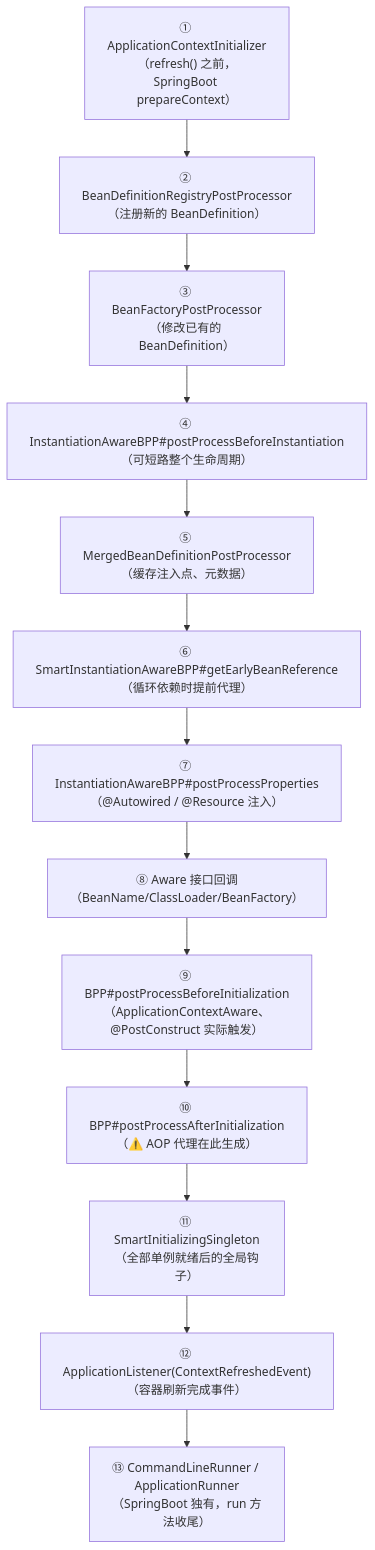
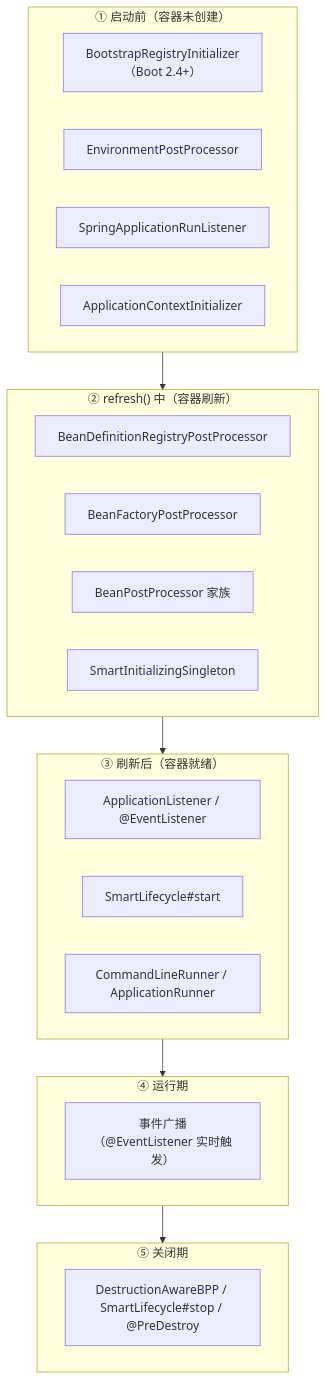
Before and after one commit to b1tzer/b1tzer.github.io: the first of 5 diagrams in docs/02-spring/01-核心基础/04-Spring扩展点详解.md, drawn with Mermaid. The commit also changed other lines of this file and 10 other files, not shown here.

````diff
--- a/docs/02-spring/01-核心基础/04-Spring扩展点详解.md
+++ b/docs/02-spring/01-核心基础/04-Spring扩展点详解.md
@@ -49,18 +72,31 @@
 ```mermaid
 flowchart TB
-    Init["① ApplicationContextInitializer<br>（refresh() 之前，SpringBoot prepareContext）"]
-    BDRPP["② BeanDefinitionRegistryPostProcessor<br>（注册新的 BeanDefinition）"]
-    BFPP["③ BeanFactoryPostProcessor<br>（修改已有的 BeanDefinition）"]
-    Instan["④ InstantiationAwareBPP#postProcessBeforeInstantiation<br>（可短路整个生命周期）"]
-    Merge["⑤ MergedBeanDefinitionPostProcessor<br>（缓存注入点、元数据）"]
-    Smart["⑥ SmartInstantiationAwareBPP#getEarlyBeanReference<br>（循环依赖时提前代理）"]
-    Inject["⑦ InstantiationAwareBPP#postProcessProperties<br>（@Autowired / @Resource 注入）"]
-    Aware["⑧ Aware 接口回调<br>（BeanName/ClassLoader/BeanFactory）"]
-    Before["⑨ BPP#postProcessBeforeInitialization<br>（ApplicationContextAware、@PostConstruct 实际触发）"]
-    After["⑩ BPP#postProcessAfterInitialization<br>（⚠️ AOP 代理在此生成）"]
-    SmartInit["⑪ SmartInitializingSingleton<br>（全部单例就绪后的全局钩子）"]
-    Listener["⑫ ApplicationListener(ContextRefreshedEvent)<br>（容器刷新完成事件）"]
-    Runner["⑬ CommandLineRunner / ApplicationRunner<br>（SpringBoot 独有，run 方法收尾）"]
+    subgraph P1["① 启动前（容器未创建）"]
+        direction LR
+        BRI["BootstrapRegistryInitializer<br>（Boot 2.4+）"]
+        EPP["EnvironmentPostProcessor"]
+        SARL["SpringApplicationRunListener"]
+        ACI["ApplicationContextInitializer"]
+    end
+    subgraph P2["② refresh() 中（容器刷新）"]
+        direction LR
+        BDRPP["BeanDefinitionRegistryPostProcessor"]
+        BFPP["BeanFactoryPostProcessor"]
+        BPP["BeanPostProcessor 家族"]
+        SIS["SmartInitializingSingleton"]
+    end
+    subgraph P3["③ 刷新后（容器就绪）"]
+        direction LR
+        LIS["ApplicationListener / @EventListener"]
+        SL["SmartLifecycle#start"]
+        RUN["CommandLineRunner / ApplicationRunner"]
+    end
+    subgraph P4["④ 运行期"]
+        EVT["事件广播（@EventListener 实时触发）"]
+    end
+    subgraph P5["⑤ 关闭期"]
+        DES["DestructionAwareBPP / SmartLifecycle#stop / @PreDestroy"]
+    end
 
-    Init --> BDRPP --> BFPP --> Instan --> Merge --> Smart --> Inject --> Aware --> Before --> After --> SmartInit --> Listener --> Runner
+    P1 --> P2 --> P3 --> P4 --> P5
 ```
````
